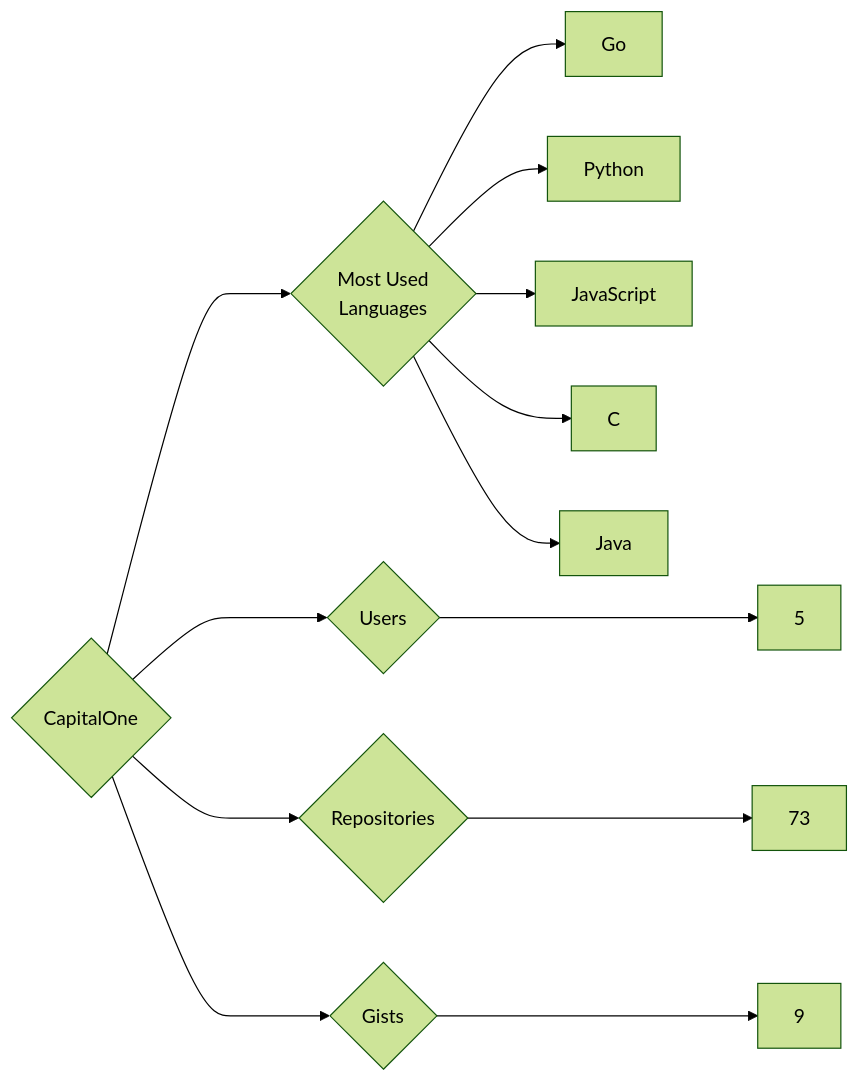
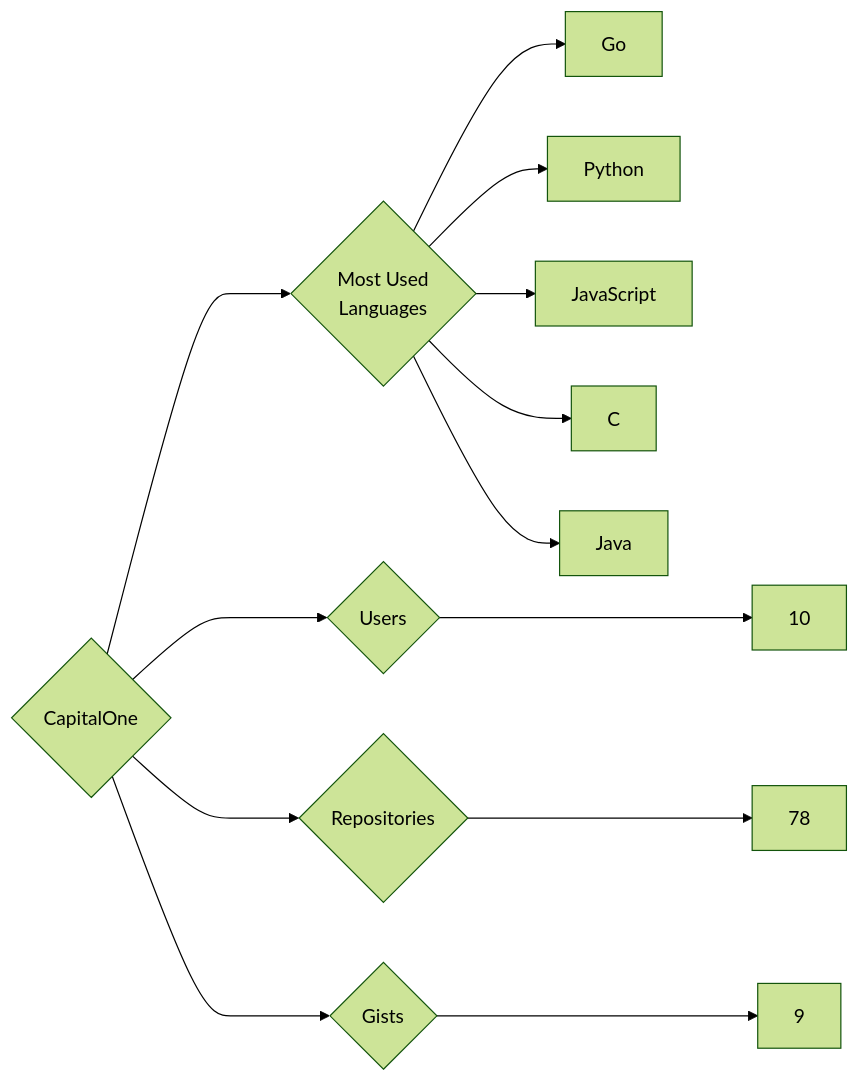
The diagram in targets/CapitalOne/README.md (trickest/insiders), drawn with Mermaid (forest theme) before and after one commit. The commit also changed 682 other files, not shown here.

````diff
--- a/targets/CapitalOne/README.md
+++ b/targets/CapitalOne/README.md
@@ -3,13 +3,13 @@
 ```mermaid
 graph LR
 COMPANY_NAME{CapitalOne}
-COMPANY_NAME ---> U{Users} ---> UN[5]
-COMPANY_NAME ---> R{Repositories} ---> RN[73]
+COMPANY_NAME ---> U{Users} ---> UN[10]
+COMPANY_NAME ---> R{Repositories} ---> RN[78]
 COMPANY_NAME ---> G{Gists} ---> GN[9]
 COMPANY_NAME ---> ML{Most Used<br>Languages}
 ML --> Go[Go]
 ML --> Python[Python]
 ML --> JavaScript[JavaScript]
 ML --> C[C]
 ML --> Java[Java]
 ```
````
